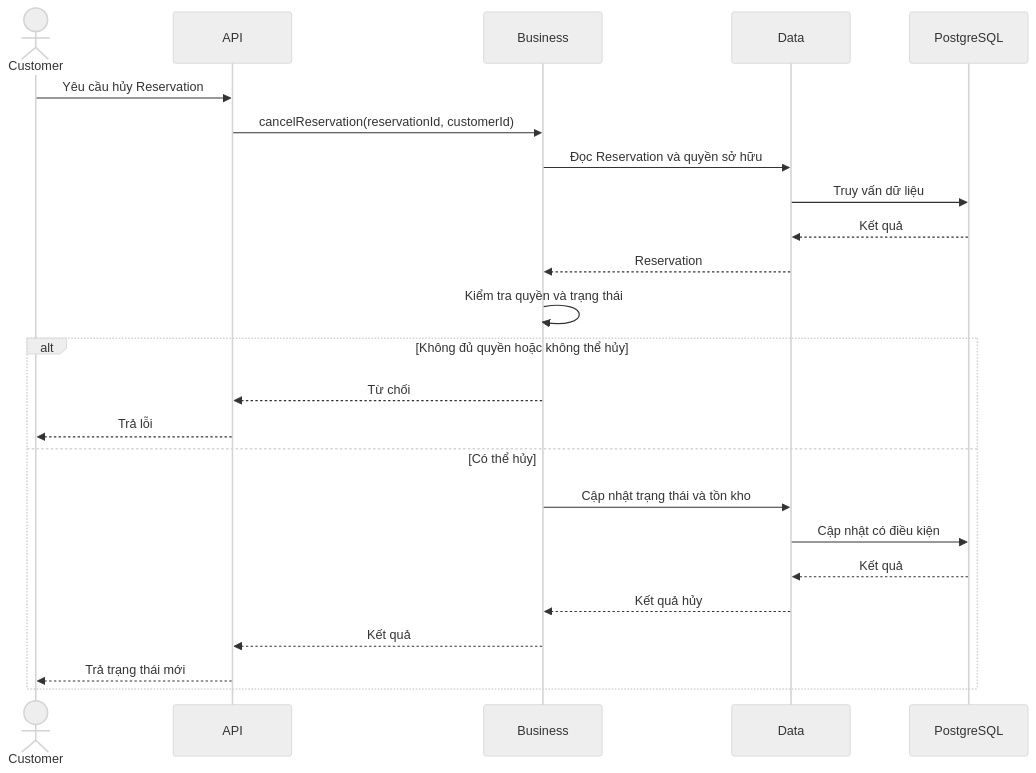
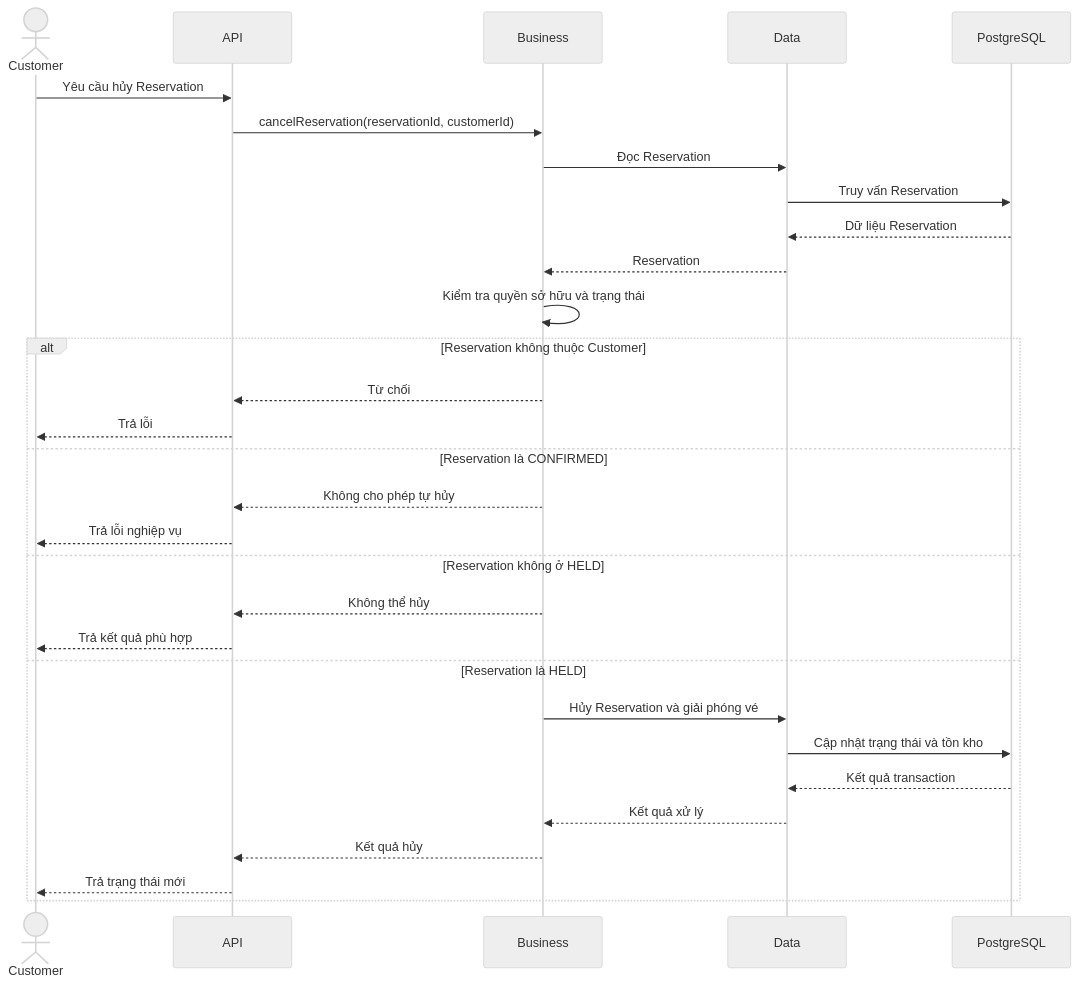
Before and after one commit to cnf166/rush-seat: the diagram in docs/business/use-cases/cancel-reservation.md, drawn with Mermaid (neutral theme). The commit also changed other lines of this file, not shown here.

Commit message:
docs (reservation): clarify reservation cancellation rules

````diff
--- a/docs/business/use-cases/cancel-reservation.md
+++ b/docs/business/use-cases/cancel-reservation.md
@@ -43,29 +73,35 @@
 ```mermaid
 sequenceDiagram
     actor Customer
     participant API
     participant Business
     participant Data
     participant DB as PostgreSQL
 
     Customer->>API: Yêu cầu hủy Reservation
     API->>Business: cancelReservation(reservationId, customerId)
-    Business->>Data: Đọc Reservation và quyền sở hữu
-    Data->>DB: Truy vấn dữ liệu
-    DB-->>Data: Kết quả
+    Business->>Data: Đọc Reservation
+    Data->>DB: Truy vấn Reservation
+    DB-->>Data: Dữ liệu Reservation
     Data-->>Business: Reservation
 
-    Business->>Business: Kiểm tra quyền và trạng thái
+    Business->>Business: Kiểm tra quyền sở hữu và trạng thái
 
-    alt Không đủ quyền hoặc không thể hủy
+    alt Reservation không thuộc Customer
         Business-->>API: Từ chối
         API-->>Customer: Trả lỗi
-    else Có thể hủy
-        Business->>Data: Cập nhật trạng thái và tồn kho
-        Data->>DB: Cập nhật có điều kiện
-        DB-->>Data: Kết quả
-        Data-->>Business: Kết quả hủy
-        Business-->>API: Kết quả
+    else Reservation là CONFIRMED
+        Business-->>API: Không cho phép tự hủy
+        API-->>Customer: Trả lỗi nghiệp vụ
+    else Reservation không ở HELD
+        Business-->>API: Không thể hủy
+        API-->>Customer: Trả kết quả phù hợp
+    else Reservation là HELD
+        Business->>Data: Hủy Reservation và giải phóng vé
+        Data->>DB: Cập nhật trạng thái và tồn kho
+        DB-->>Data: Kết quả transaction
+        Data-->>Business: Kết quả xử lý
+        Business-->>API: Kết quả hủy
         API-->>Customer: Trả trạng thái mới
     end
 ```
````
